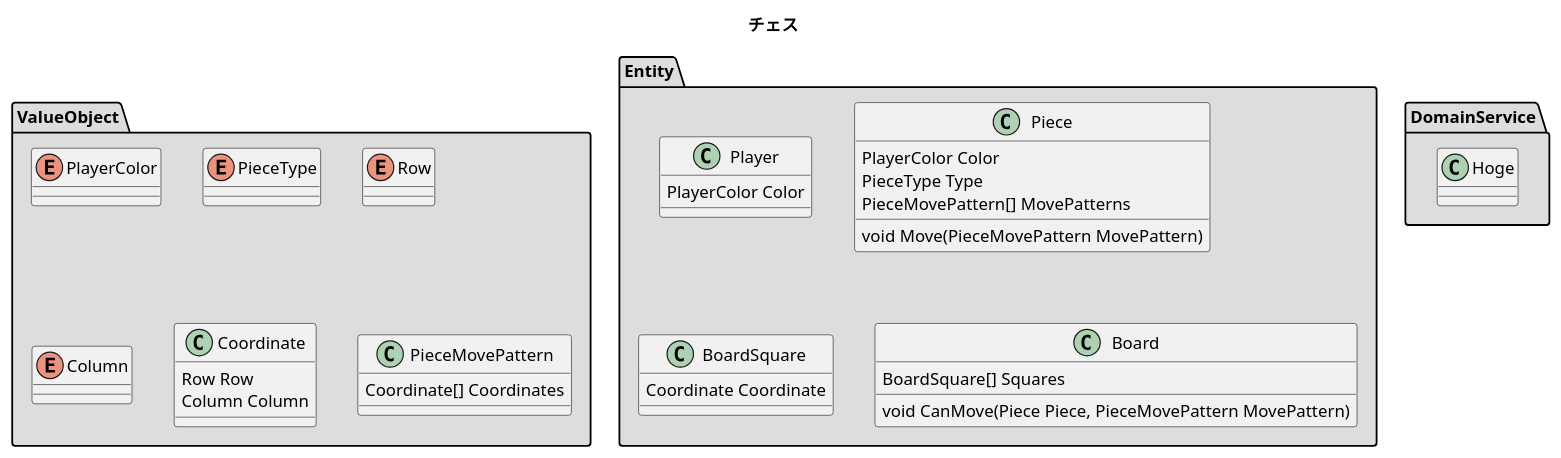
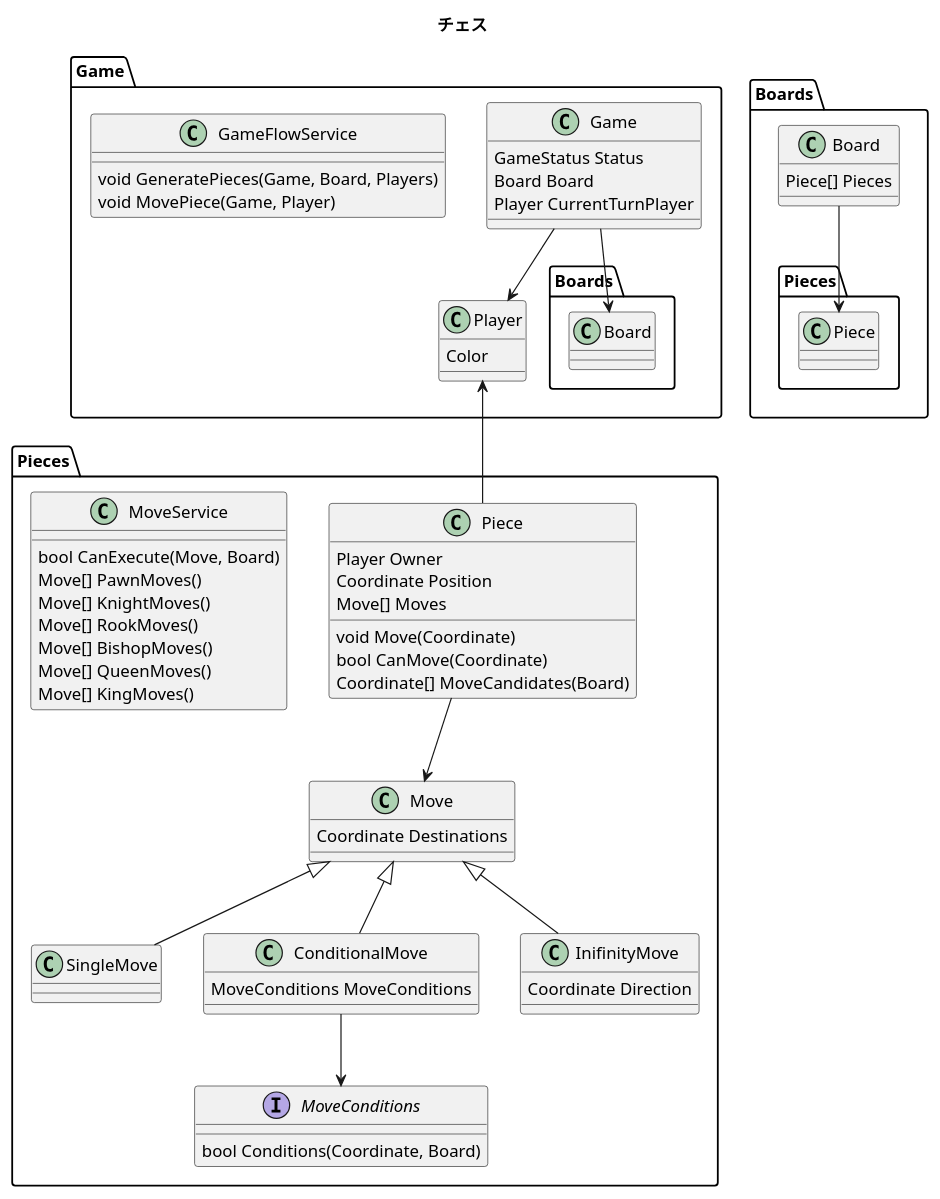
Before and after one commit to chromee/ddd-training-chess: the diagram in Assets/Chess/UML/domain.pu, drawn with PlantUML.

```diff
--- a/Assets/Chess/UML/domain.pu
+++ b/Assets/Chess/UML/domain.pu
@@ -1,50 +1,86 @@
 @startuml
 title チェス
 
-namespace ValueObject #dddddd {
-  enum PlayerColor
-  enum PieceType
+' enum PlayerColor
+' enum PieceType
+' enum Row
+' enum Column
+' class Coordinate {
+'   Row Row
+'   Column Column
+' }
 
-  enum Row
-  enum Column
 
-  class Coordinate {
-    Row Row
-    Column Column
+namespace Game {
+  class Player {
+    Color
   }
 
-  class PieceMovePattern {
-    Coordinate[] Coordinates
+  class Game {
+    GameStatus Status
+    Board Board
+    Player CurrentTurnPlayer
+  }
+
+  Game --> Player
+  Game --> Boards.Board
+
+  class GameFlowService {
+    void GeneratePieces(Game, Board, Players)
+    void MovePiece(Game, Player)
   }
 }
 
-namespace Entity #dddddd {
-  class Player {
-    PlayerColor Color
+namespace Boards {
+  class Board {
+    Piece[] Pieces
   }
 
+  Board --> Pieces.Piece
+}
+
+namespace Pieces {
   class Piece {
-    PlayerColor Color
-    PieceType Type
-    PieceMovePattern[] MovePatterns
+    Player Owner
+    Coordinate Position
+    Move[] Moves
 
-    void Move(PieceMovePattern MovePattern)
+    void Move(Coordinate)
+    bool CanMove(Coordinate)
+    Coordinate[] MoveCandidates(Board)
   }
 
-  class BoardSquare {
-    Coordinate Coordinate
+  class Move {
+    Coordinate Destinations
+  }
+  class SingleMove {
+  }
+  class ConditionalMove {
+    MoveConditions MoveConditions
+  }
+  class InifinityMove {
+    Coordinate Direction
+  }
+  interface MoveConditions {
+    bool Conditions(Coordinate, Board)
+  }
+  Move <|-- SingleMove
+  Move <|-- ConditionalMove
+  Move <|-- InifinityMove
+  ConditionalMove --> MoveConditions
+  Piece --> Move
+
+  class MoveService {
+    bool CanExecute(Move, Board)
+    Move[] PawnMoves()
+    Move[] KnightMoves()
+    Move[] RookMoves()
+    Move[] BishopMoves()
+    Move[] QueenMoves()
+    Move[] KingMoves()
   }
 
-  class Board {
-    BoardSquare[] Squares
-    void CanMove(Piece Piece, PieceMovePattern MovePattern)
-  }
-}
-
-namespace DomainService #dddddd {
-  class Hoge {
-    
-  }
+  Game.Player <-- Piece
 }
 
 @enduml
```
